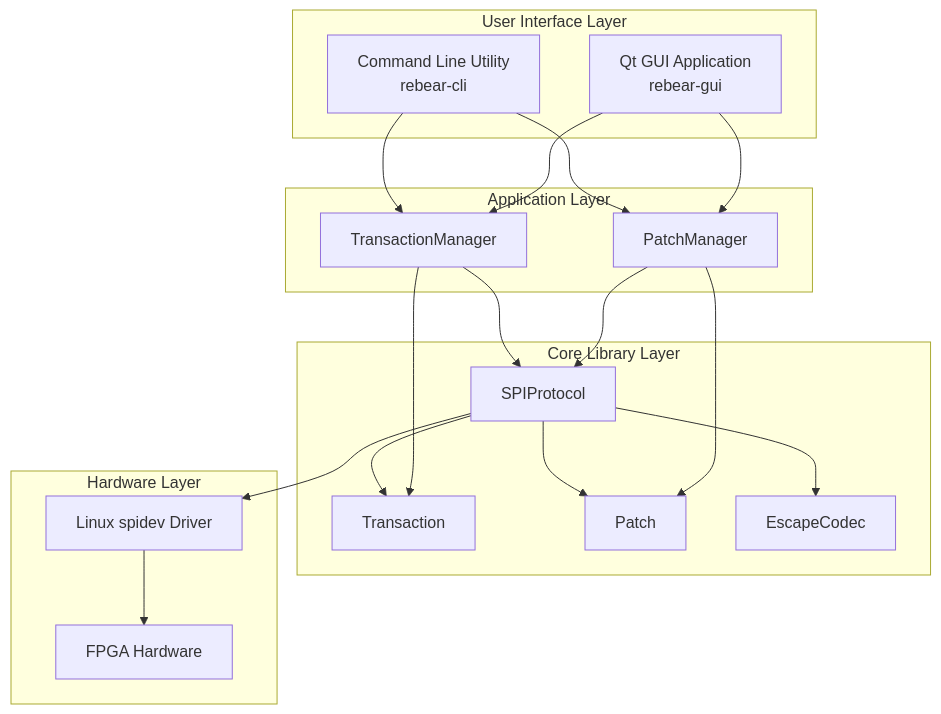
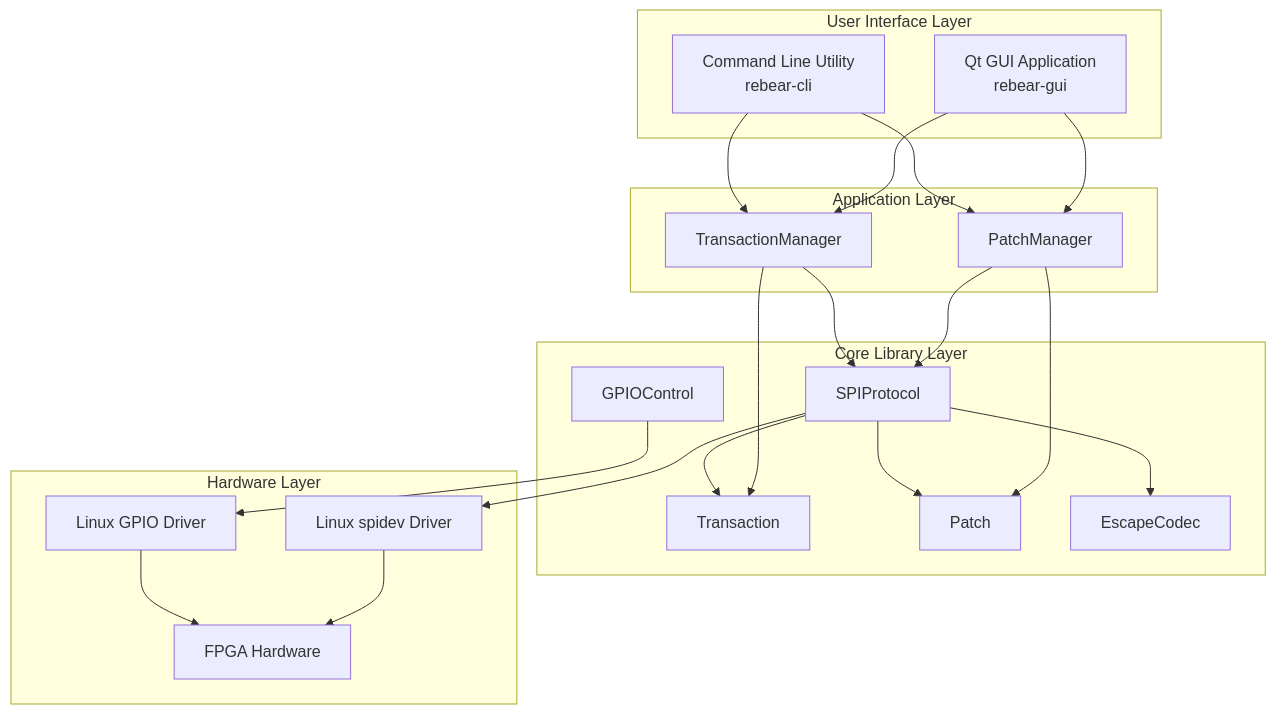
The third of 16 diagrams in plans/system-diagrams.md (RobertSkorpil/rebear-ai), drawn with Mermaid before and after one commit. The commit also changed other lines of this file and 16 other files, not shown here.

````diff
--- a/plans/system-diagrams.md
+++ b/plans/system-diagrams.md
@@ -84,41 +131,45 @@
 ```mermaid
 graph TB
     subgraph User Interface Layer
         GUI[Qt GUI Application<br/>rebear-gui]
         CLI[Command Line Utility<br/>rebear-cli]
     end
     
     subgraph Application Layer
         PM[PatchManager]
         TM[TransactionManager]
     end
     
     subgraph Core Library Layer
         SPI[SPIProtocol]
+        GPIO[GPIOControl]
         TRANS[Transaction]
         PATCH[Patch]
         ESC[EscapeCodec]
     end
     
     subgraph Hardware Layer
         SPIDEV[Linux spidev Driver]
+        GPIODEV[Linux GPIO Driver]
         HW[FPGA Hardware]
     end
     
     GUI --> PM
     GUI --> TM
     CLI --> PM
     CLI --> TM
     
     PM --> PATCH
     PM --> SPI
     TM --> TRANS
     TM --> SPI
     
     SPI --> ESC
     SPI --> TRANS
     SPI --> PATCH
     
     SPI --> SPIDEV
+    GPIO --> GPIODEV
     SPIDEV --> HW
+    GPIODEV --> HW
 ```
````
